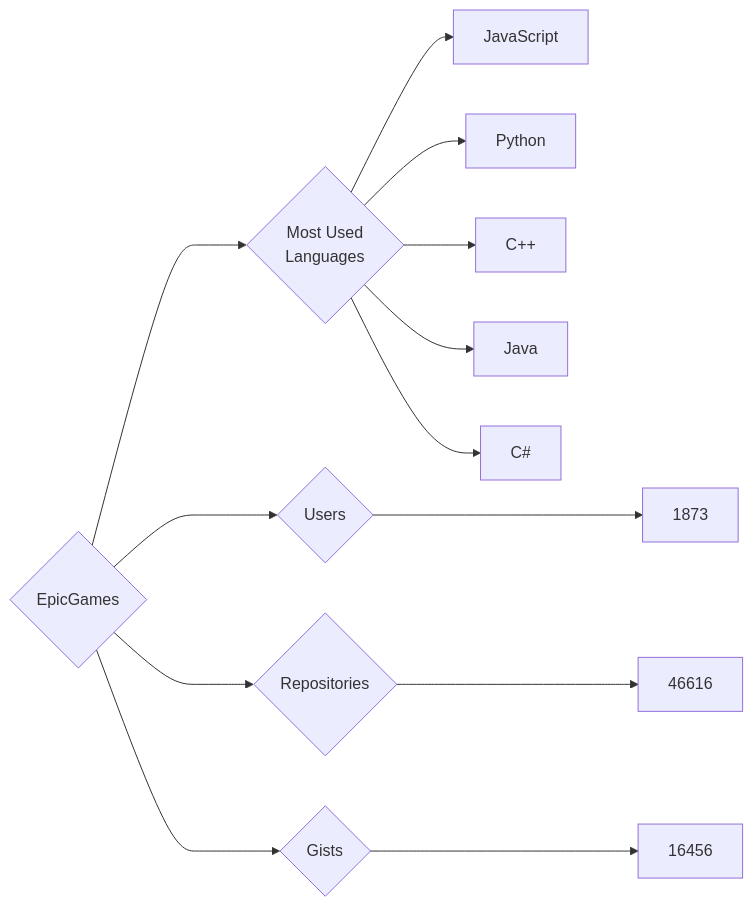
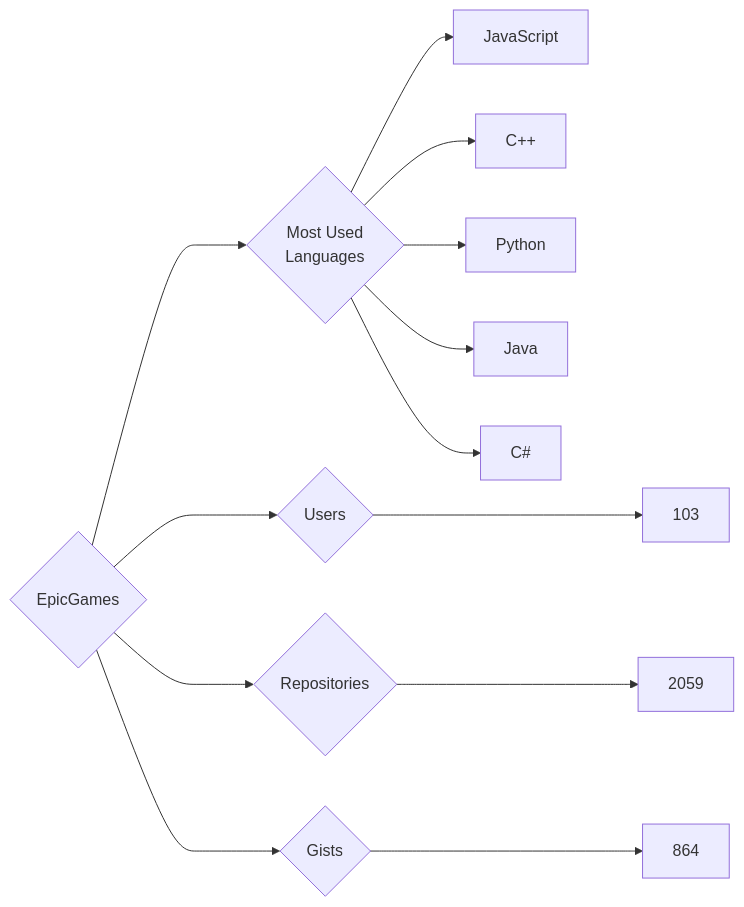
The diagram in targets/EpicGames/README.md (trickest/insiders), drawn with Mermaid before and after one commit. The commit also changed 772 other files, not shown here.

````diff
--- a/targets/EpicGames/README.md
+++ b/targets/EpicGames/README.md
@@ -3,13 +3,13 @@
 ```mermaid
 graph LR
 COMPANY_NAME{EpicGames}
-COMPANY_NAME ---> U{Users} ---> UN[1873]
-COMPANY_NAME ---> R{Repositories} ---> RN[46616]
-COMPANY_NAME ---> G{Gists} ---> GN[16456]
+COMPANY_NAME ---> U{Users} ---> UN[103]
+COMPANY_NAME ---> R{Repositories} ---> RN[2059]
+COMPANY_NAME ---> G{Gists} ---> GN[864]
 COMPANY_NAME ---> ML{Most Used<br>Languages}
 ML --> JavaScript[JavaScript]
+ML --> C++[C++]
 ML --> Python[Python]
-ML --> C++[C++]
 ML --> Java[Java]
 ML --> C#[C#]
 ```
````
